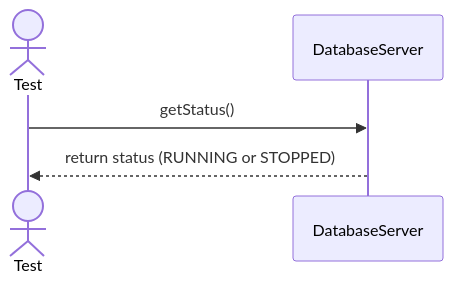
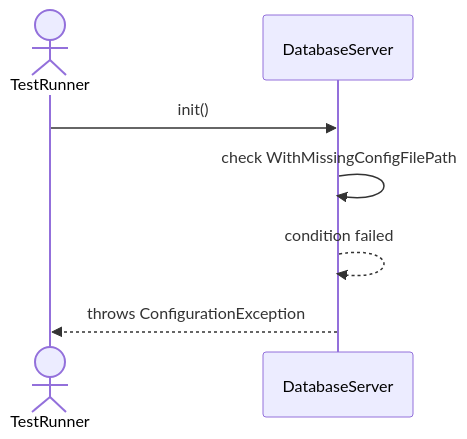
One commit to TamBui1706/DBMS changed the ninth of 10 diagrams in Sequences/Core/DatabaseServer.md. Above: the diagram before and after it, drawn with Mermaid. The commit also changed other lines of this file and 63 other files, not shown here.

Commit message:
Draw sequence diagram for unit tests

````diff
--- a/Sequences/Core/DatabaseServer.md
+++ b/Sequences/Core/DatabaseServer.md
@@ -84,8 +122,9 @@
 ```mermaid
 sequenceDiagram
-    actor Test
+    actor TestRunner
     participant DatabaseServer
-
-    Test->>DatabaseServer: getStatus()
-    DatabaseServer-->>Test: return status (RUNNING or STOPPED)
+    TestRunner->>DatabaseServer: init()
+    DatabaseServer->>DatabaseServer: check WithMissingConfigFilePath
+    DatabaseServer-->>DatabaseServer: condition failed
+    DatabaseServer-->>TestRunner: throws ConfigurationException
 ```
````
